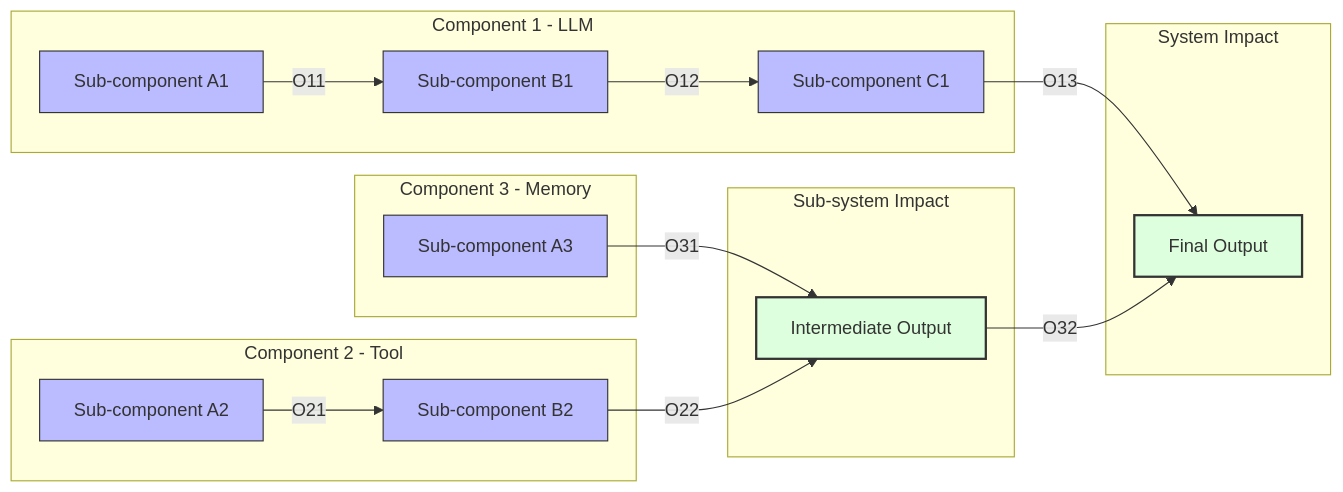
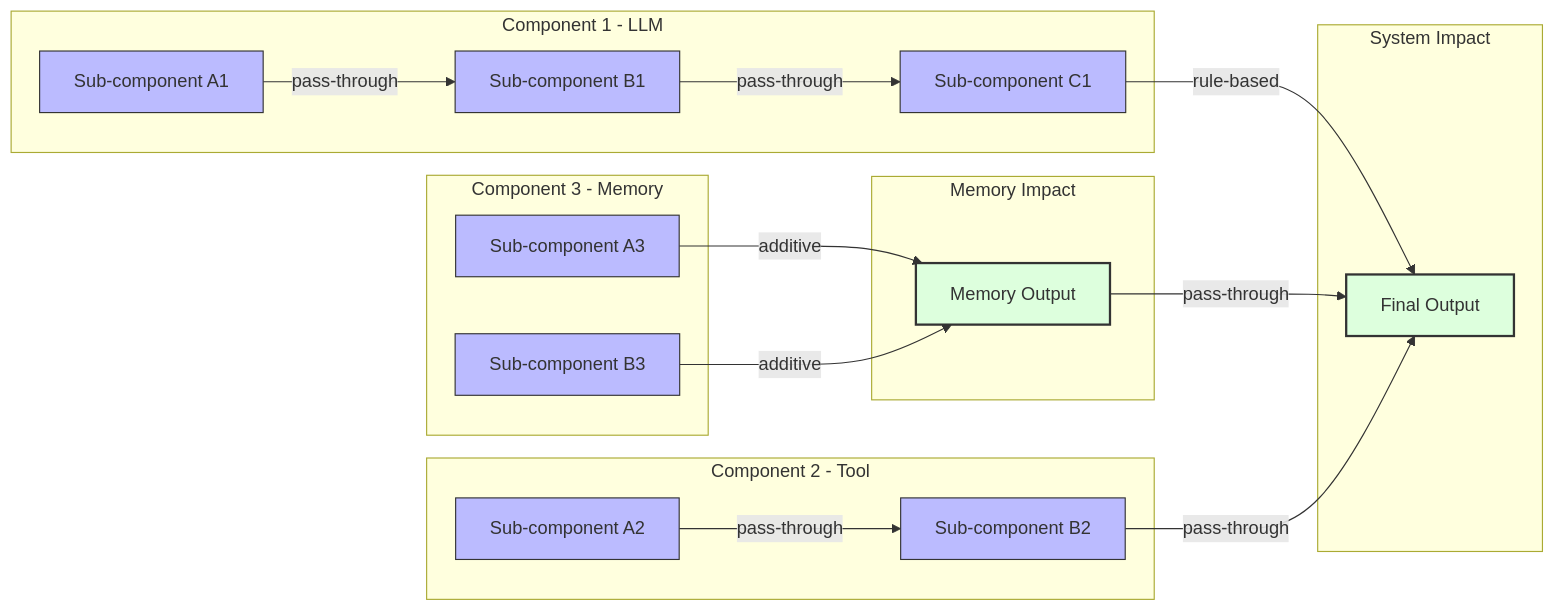
The diagram in _posts/2025-03-15-outcome-driven-ai.md (yueguoguo/yueguoguo.github.io), drawn with Mermaid before and after one commit. The commit also changed other lines of this file, not shown here.

```diff
--- a/_posts/2025-03-15-outcome-driven-ai.md
+++ b/_posts/2025-03-15-outcome-driven-ai.md
@@ -203,45 +240,48 @@
 <div class="mermaid">
 graph LR
     subgraph Component1[Component 1 - LLM]
         A1[Sub-component A1]
         B1[Sub-component B1]
         C1[Sub-component C1]
     end
 
     subgraph Component2[Component 2 - Tool]
         A2[Sub-component A2]
         B2[Sub-component B2]
     end
 
     subgraph Component3[Component 3 - Memory]
         A3[Sub-component A3]
+        B3[Sub-component B3]
     end
 
-    subgraph SubImpact[Sub-system Impact]
-        I[Intermediate Output]
+    subgraph MemoryImpact[Memory Impact]
+        M[Memory Output]
     end
 
     subgraph Impact[System Impact]
         F[Final Output]
     end
 
     %% Connections for Component 1
-    A1 -->|O11| B1
-    B1 -->|O12| C1
-    C1 -->|O13| F
+    A1 -->|pass-through| B1
+    B1 -->|pass-through| C1
+    C1 -->|rule-based| F
 
     %% Connections for Component 2
-    A2 -->|O21| B2
+    A2 -->|pass-through| B2
+
+    A3 -->|additive| M
+    B3 -->|additive| M
 
     %% Connections for Component 2 and 3
-    A3 -->|O31| I
-    B2 -->|O22| I
-    I --> |O32| F
+    M -->|pass-through| F
+    B2 -->|pass-through| F
 
     %% Styling
     classDef component fill:#bbf,stroke:#333,stroke-width:1px
     classDef impact fill:#dfd,stroke:#333,stroke-width:2px
 
-    class A1,B1,C1,A2,B2,C2,A3 component
-    class F,I impact
+    class A1,B1,C1,A2,B2,C2,A3,B3 component
+    class F,M,I impact
 </div>
```
